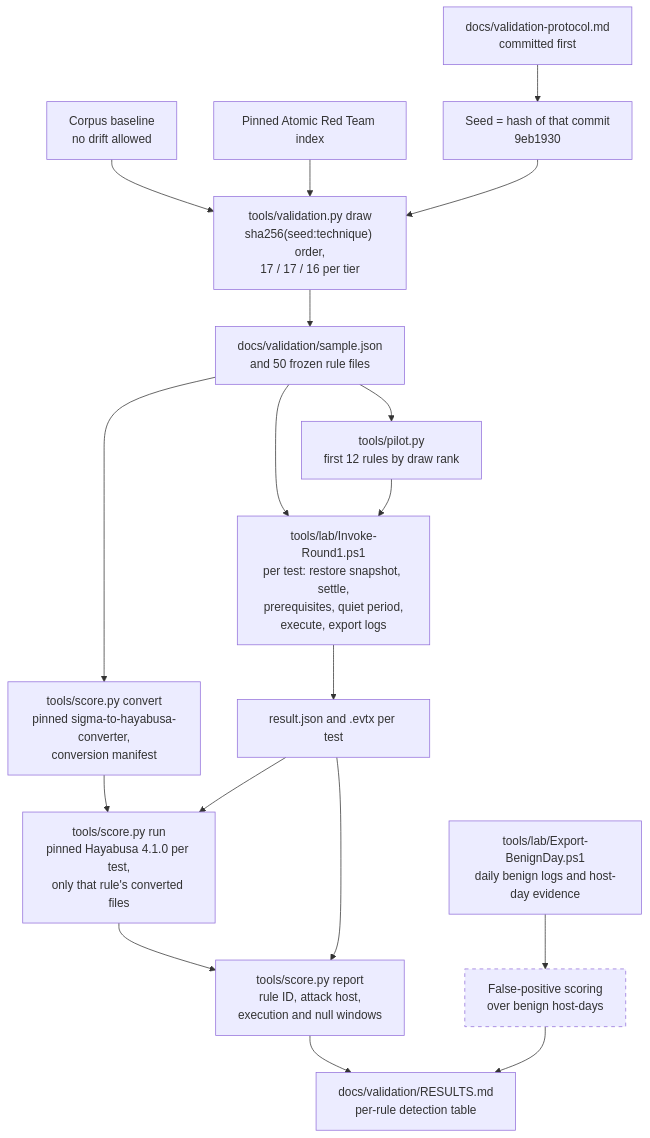
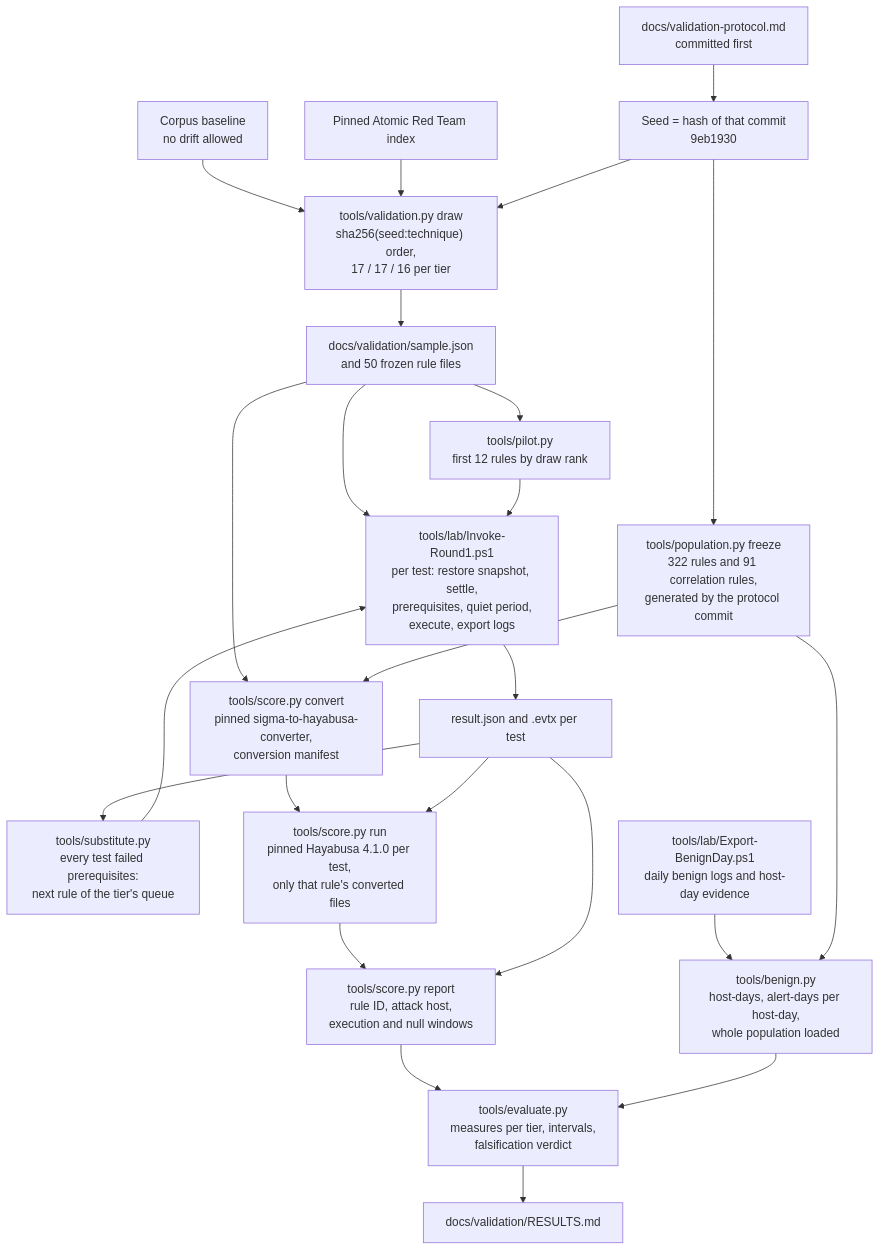
The third of 3 diagrams in docs/architecture.md (kushagra-patel1011/sigma-generator), drawn with Mermaid before and after one commit. The commit also changed other lines of this file and 431 other files, not shown here.

First line of the commit message:
Complete the validation tooling: frozen population, substitution, false positives and verdict

````diff
--- a/docs/architecture.md
+++ b/docs/architecture.md
@@ -81,23 +81,26 @@
 ```mermaid
 flowchart TB
     PROTO["docs/validation-protocol.md<br/>committed first"] --> SEED["Seed = hash of that commit<br/>9eb1930"]
     BASE["Corpus baseline<br/>no drift allowed"] --> DRAW
     ART["Pinned Atomic Red Team index"] --> DRAW
     SEED --> DRAW["tools/validation.py draw<br/>sha256(seed:technique) order,<br/>17 / 17 / 16 per tier"]
     DRAW --> SAMPLE["docs/validation/sample.json<br/>and 50 frozen rule files"]
+    SEED --> POP["tools/population.py freeze<br/>322 rules and 91 correlation rules,<br/>generated by the protocol commit"]
     SAMPLE --> PILOT["tools/pilot.py<br/>first 12 rules by draw rank"]
     SAMPLE --> RUNNER
     PILOT --> RUNNER["tools/lab/Invoke-Round1.ps1<br/>per test: restore snapshot, settle,<br/>prerequisites, quiet period,<br/>execute, export logs"]
     RUNNER --> RECORDS["result.json and .evtx per test"]
+    RECORDS --> SUBST["tools/substitute.py<br/>every test failed prerequisites:<br/>next rule of the tier's queue"]
+    SUBST --> RUNNER
     SAMPLE --> CONVERT
+    POP --> CONVERT
     CONVERT["tools/score.py convert<br/>pinned sigma-to-hayabusa-converter,<br/>conversion manifest"] --> HAYA
     RECORDS --> HAYA["tools/score.py run<br/>pinned Hayabusa 4.1.0 per test,<br/>only that rule's converted files"]
     HAYA --> SCORE["tools/score.py report<br/>rule ID, attack host,<br/>execution and null windows"]
     RECORDS --> SCORE
-    SCORE --> RESULTS["docs/validation/RESULTS.md<br/>per-rule detection table"]
-    BENIGN["tools/lab/Export-BenignDay.ps1<br/>daily benign logs and host-day evidence"] --> FP["False-positive scoring<br/>over benign host-days"]
-    FP --> RESULTS
-
-    classDef pending stroke-dasharray: 5 5
-    class FP pending
+    BENIGN["tools/lab/Export-BenignDay.ps1<br/>daily benign logs and host-day evidence"] --> FP["tools/benign.py<br/>host-days, alert-days per host-day,<br/>whole population loaded"]
+    POP --> FP
+    SCORE --> EVAL["tools/evaluate.py<br/>measures per tier, intervals,<br/>falsification verdict"]
+    FP --> EVAL
+    EVAL --> RESULTS["docs/validation/RESULTS.md"]
 ```
````
